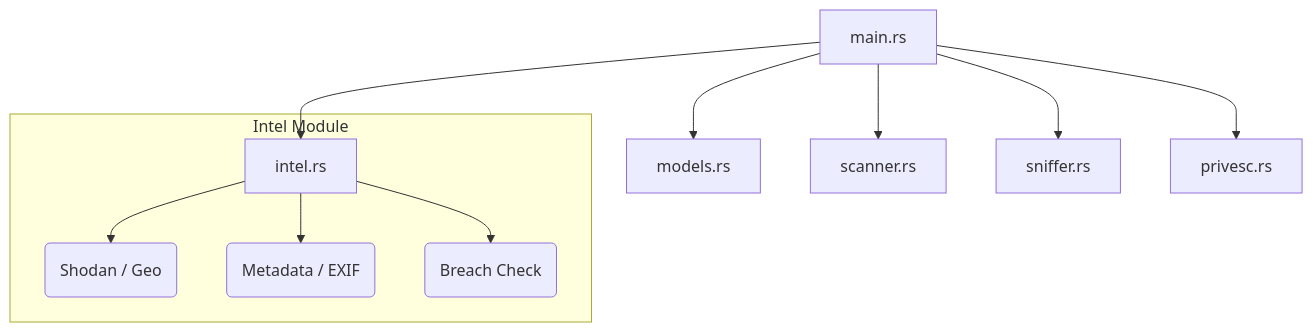
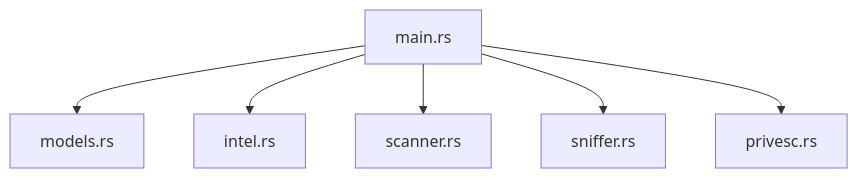
Before and after one commit to bfurkanyildiz/NetVanguard: the diagram in readme.MD, drawn with Mermaid. The commit also changed other lines of this file, not shown here.

````diff
--- a/readme.MD
+++ b/readme.MD
@@ -57,14 +92,8 @@
 ```mermaid
 graph TD
     A[main.rs] --> B[models.rs]
     A --> C[intel.rs]
     A --> D[scanner.rs]
     A --> E[sniffer.rs]
     A --> F[privesc.rs]
-    
-    subgraph "Intel Module"
-    C --> C1(Shodan / Geo)
-    C --> C2(Metadata / EXIF)
-    C --> C3(Breach Check)
-    end
 ```
````
